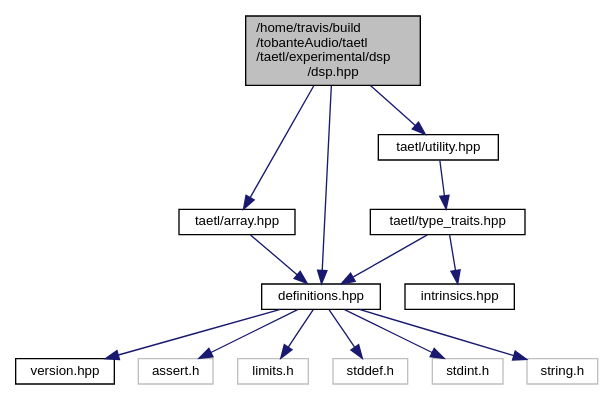
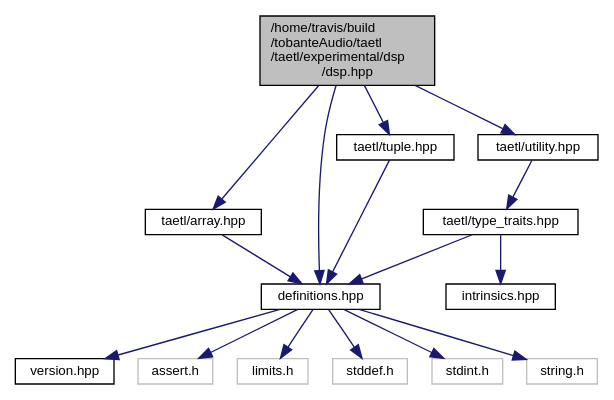
One commit to tobanteAudio/taetl changed the diagram in dsp_8hpp__incl.dot. Above: the diagram before and after it, drawn with Graphviz. The commit also changed 113 other files, not shown here.

```diff
--- a/dsp_8hpp__incl.dot
+++ b/dsp_8hpp__incl.dot
@@ -1,30 +1,33 @@
 digraph "/home/travis/build/tobanteAudio/taetl/taetl/experimental/dsp/dsp.hpp"
 {
   edge [fontname="Helvetica",fontsize="10",labelfontname="Helvetica",labelfontsize="10"];
   node [fontname="Helvetica",fontsize="10",shape=record];
   Node0 [label="/home/travis/build\l/tobanteAudio/taetl\l/taetl/experimental/dsp\l/dsp.hpp",height=0.2,width=0.4,color="black", fillcolor="grey75", style="filled", fontcolor="black"];
   Node0 -> Node1 [color="midnightblue",fontsize="10",style="solid",fontname="Helvetica"];
   Node1 [label="taetl/array.hpp",height=0.2,width=0.4,color="black", fillcolor="white", style="filled",URL="$array_8hpp.html"];
   Node1 -> Node2 [color="midnightblue",fontsize="10",style="solid",fontname="Helvetica"];
   Node2 [label="definitions.hpp",height=0.2,width=0.4,color="black", fillcolor="white", style="filled",URL="$definitions_8hpp.html"];
   Node2 -> Node3 [color="midnightblue",fontsize="10",style="solid",fontname="Helvetica"];
   Node3 [label="version.hpp",height=0.2,width=0.4,color="black", fillcolor="white", style="filled",URL="$version_8hpp.html"];
   Node2 -> Node4 [color="midnightblue",fontsize="10",style="solid",fontname="Helvetica"];
   Node4 [label="assert.h",height=0.2,width=0.4,color="grey75", fillcolor="white", style="filled"];
   Node2 -> Node5 [color="midnightblue",fontsize="10",style="solid",fontname="Helvetica"];
   Node5 [label="limits.h",height=0.2,width=0.4,color="grey75", fillcolor="white", style="filled"];
   Node2 -> Node6 [color="midnightblue",fontsize="10",style="solid",fontname="Helvetica"];
   Node6 [label="stddef.h",height=0.2,width=0.4,color="grey75", fillcolor="white", style="filled"];
   Node2 -> Node7 [color="midnightblue",fontsize="10",style="solid",fontname="Helvetica"];
   Node7 [label="stdint.h",height=0.2,width=0.4,color="grey75", fillcolor="white", style="filled"];
   Node2 -> Node8 [color="midnightblue",fontsize="10",style="solid",fontname="Helvetica"];
   Node8 [label="string.h",height=0.2,width=0.4,color="grey75", fillcolor="white", style="filled"];
   Node0 -> Node2 [color="midnightblue",fontsize="10",style="solid",fontname="Helvetica"];
   Node0 -> Node9 [color="midnightblue",fontsize="10",style="solid",fontname="Helvetica"];
-  Node9 [label="taetl/utility.hpp",height=0.2,width=0.4,color="black", fillcolor="white", style="filled",URL="$utility_8hpp.html"];
-  Node9 -> Node10 [color="midnightblue",fontsize="10",style="solid",fontname="Helvetica"];
-  Node10 [label="taetl/type_traits.hpp",height=0.2,width=0.4,color="black", fillcolor="white", style="filled",URL="$type__traits_8hpp.html"];
-  Node10 -> Node2 [color="midnightblue",fontsize="10",style="solid",fontname="Helvetica"];
+  Node9 [label="taetl/tuple.hpp",height=0.2,width=0.4,color="black", fillcolor="white", style="filled",URL="$tuple_8hpp.html"];
+  Node9 -> Node2 [color="midnightblue",fontsize="10",style="solid",fontname="Helvetica"];
+  Node0 -> Node10 [color="midnightblue",fontsize="10",style="solid",fontname="Helvetica"];
+  Node10 [label="taetl/utility.hpp",height=0.2,width=0.4,color="black", fillcolor="white", style="filled",URL="$utility_8hpp.html"];
   Node10 -> Node11 [color="midnightblue",fontsize="10",style="solid",fontname="Helvetica"];
-  Node11 [label="intrinsics.hpp",height=0.2,width=0.4,color="black", fillcolor="white", style="filled",URL="$intrinsics_8hpp.html"];
+  Node11 [label="taetl/type_traits.hpp",height=0.2,width=0.4,color="black", fillcolor="white", style="filled",URL="$type__traits_8hpp.html"];
+  Node11 -> Node2 [color="midnightblue",fontsize="10",style="solid",fontname="Helvetica"];
+  Node11 -> Node12 [color="midnightblue",fontsize="10",style="solid",fontname="Helvetica"];
+  Node12 [label="intrinsics.hpp",height=0.2,width=0.4,color="black", fillcolor="white", style="filled",URL="$intrinsics_8hpp.html"];
 }
```
